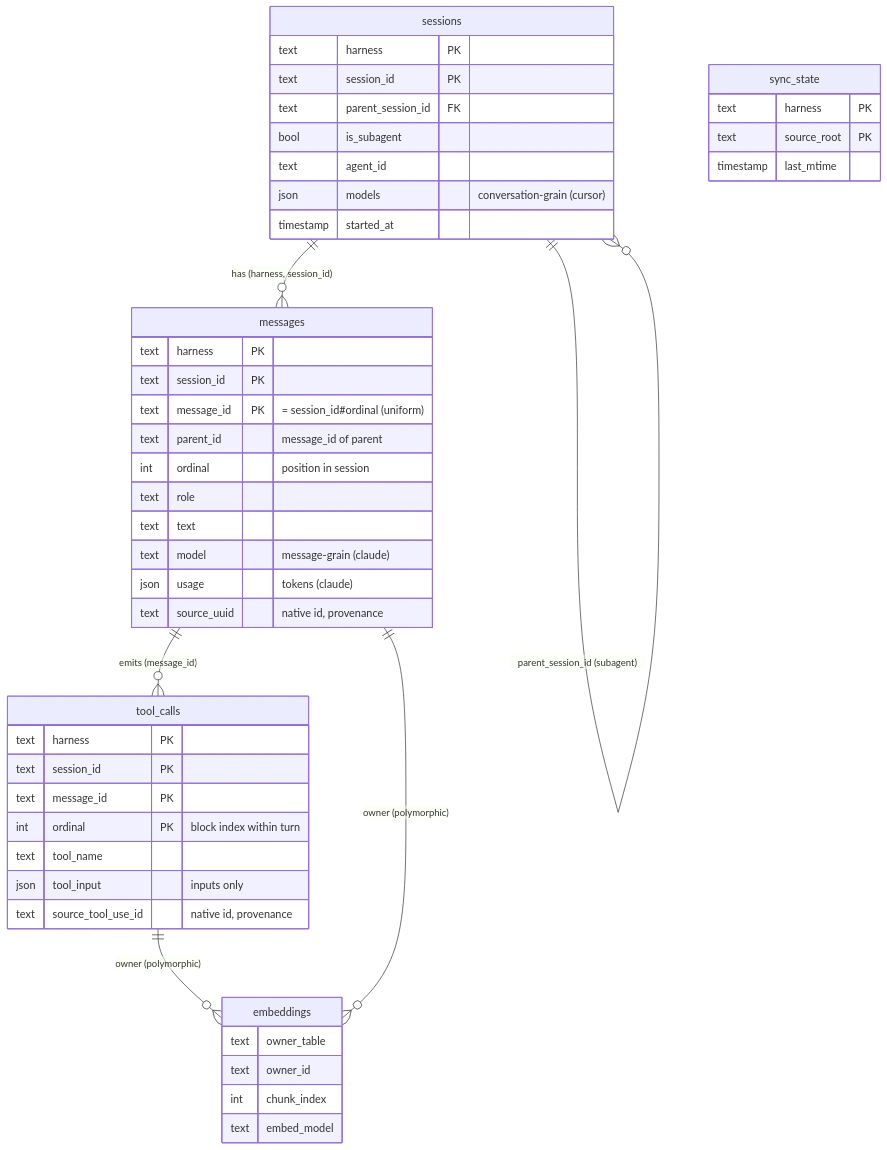
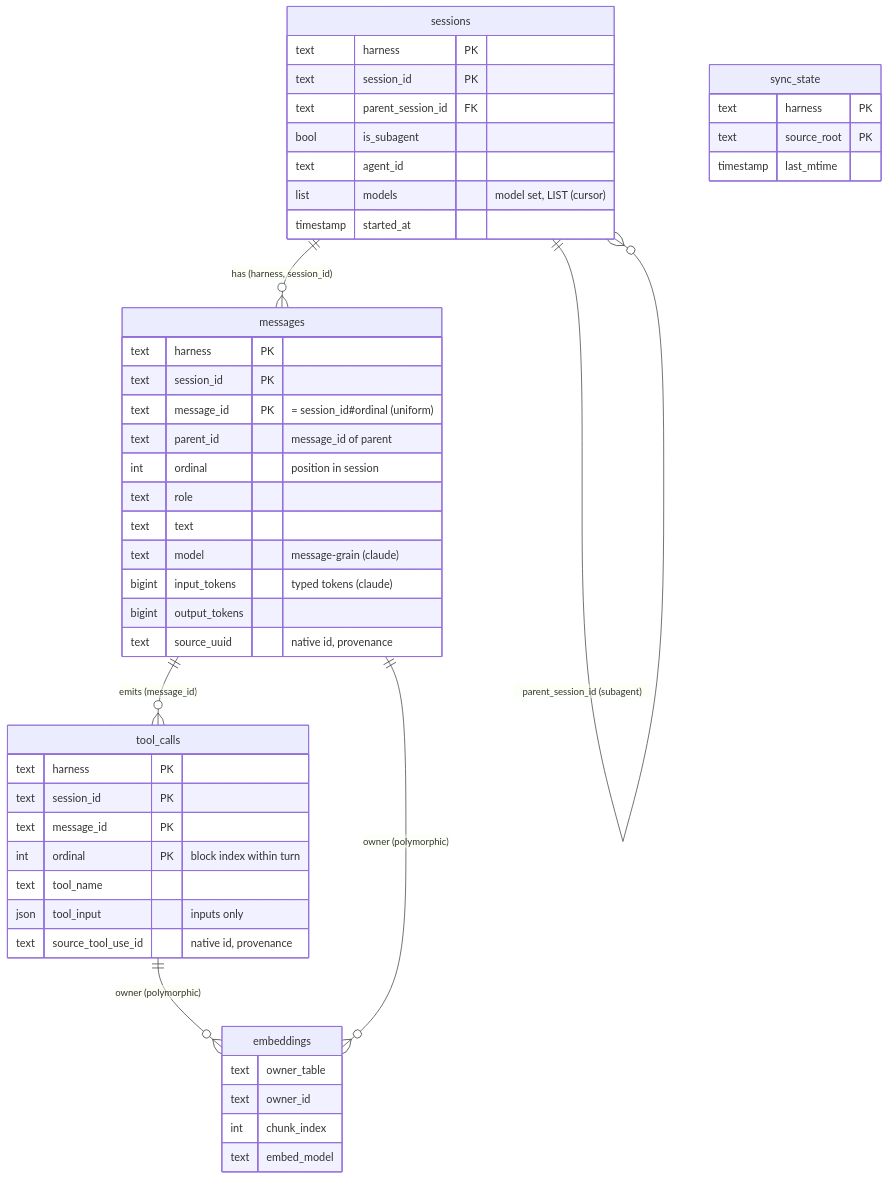
One commit to Texarkanine/stockroom changed the diagram in memory-bank/active/creative/creative-schema-enumeration.md. Above: the diagram before and after it, drawn with Mermaid. The commit also changed other lines of this file, not shown here.

First line of the commit message:
docs(schema): typed token columns + native LIST instead of JSON blobs

````diff
--- a/memory-bank/active/creative/creative-schema-enumeration.md
+++ b/memory-bank/active/creative/creative-schema-enumeration.md
@@ -150,50 +159,51 @@
 ```mermaid
 erDiagram
     sessions   ||--o{ messages    : "has (harness, session_id)"
     sessions   ||--o{ sessions    : "parent_session_id (subagent)"
     messages   ||--o{ tool_calls  : "emits (message_id)"
     messages   ||--o{ embeddings  : "owner (polymorphic)"
     tool_calls ||--o{ embeddings  : "owner (polymorphic)"
 
     sessions {
         text harness PK
         text session_id PK
         text parent_session_id FK
         bool is_subagent
         text agent_id
-        json models "conversation-grain (cursor)"
+        list models "model set, LIST (cursor)"
         timestamp started_at
     }
     messages {
         text harness PK
         text session_id PK
         text message_id PK "= session_id#ordinal (uniform)"
         text parent_id "message_id of parent"
         int ordinal "position in session"
         text role
         text text
         text model "message-grain (claude)"
-        json usage "tokens (claude)"
+        bigint input_tokens "typed tokens (claude)"
+        bigint output_tokens
         text source_uuid "native id, provenance"
     }
     tool_calls {
         text harness PK
         text session_id PK
         text message_id PK
         int ordinal PK "block index within turn"
         text tool_name
         json tool_input "inputs only"
         text source_tool_use_id "native id, provenance"
     }
     embeddings {
         text owner_table
         text owner_id
         int chunk_index
         text embed_model
     }
     sync_state {
         text harness PK
         text source_root PK
         timestamp last_mtime
     }
 ```
````
